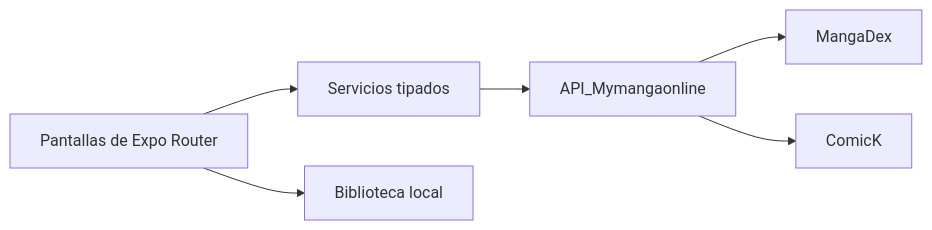
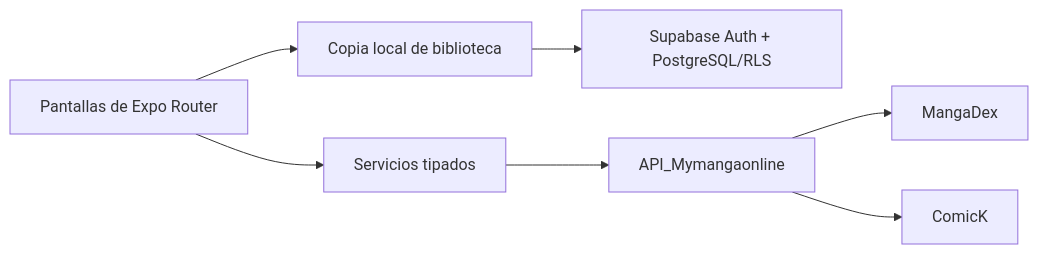
One commit to bravoisaac/Mymangaonline changed the diagram in README.md. Above: the diagram before and after it, drawn with Mermaid. The commit also changed other lines of this file and 18 other files, not shown here.

````diff
--- a/README.md
+++ b/README.md
@@ -54,8 +54,9 @@
 ```mermaid
 flowchart LR
     UI["Pantallas de Expo Router"] --> S["Servicios tipados"]
-    UI --> B["Biblioteca local"]
+    UI --> B["Copia local de biblioteca"]
+    B --> SB["Supabase Auth + PostgreSQL/RLS"]
     S --> API["API_Mymangaonline"]
     API --> MD["MangaDex"]
     API --> CK["ComicK"]
 ```
````
